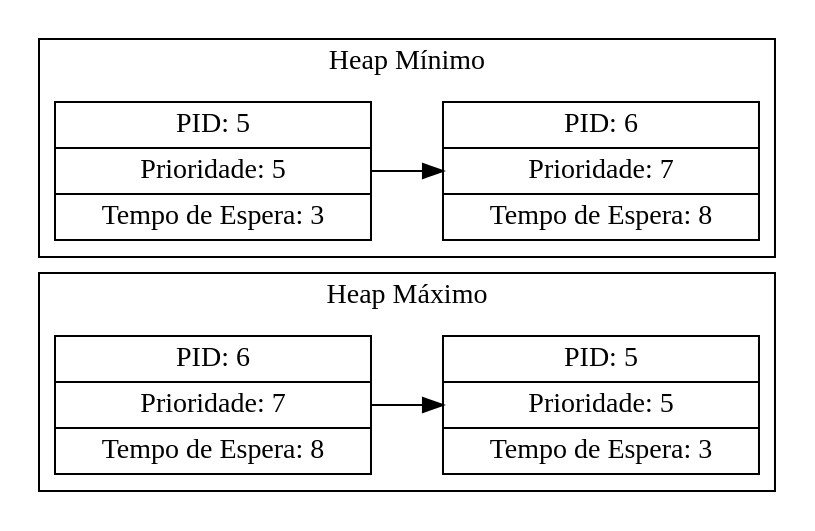
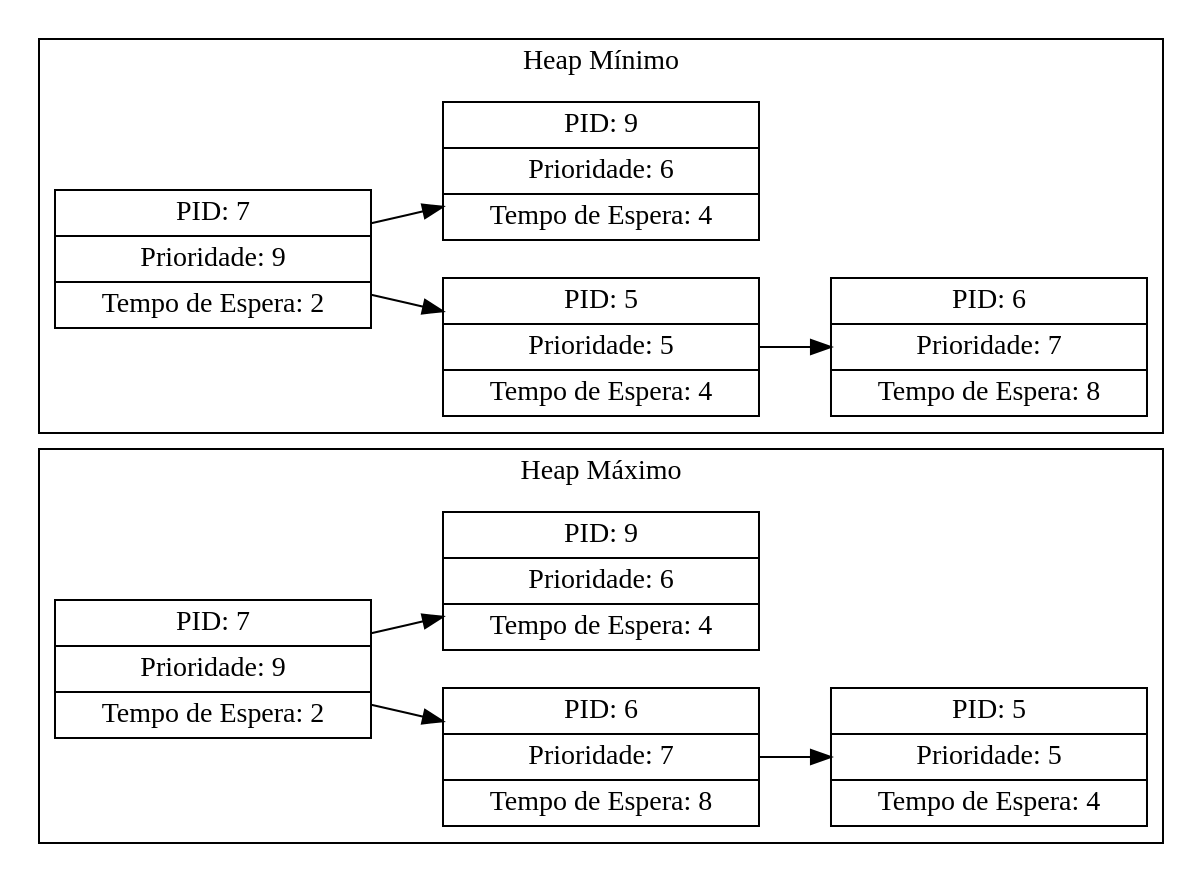
Before and after one commit to DanielDourado00/Heap: the diagram in heap.dot, drawn with Graphviz. The commit also changed 4 other files, not shown here.

```diff
--- a/heap.dot
+++ b/heap.dot
@@ -1,16 +1,24 @@
 digraph G {
 node [shape=record];
 rankdir=LR;
 subgraph cluster_maximo {
 label = "Heap Máximo";
-node_maximo0 [label="PID: 6 | Prioridade: 7 | Tempo de Espera: 8"];
-node_maximo1 [label="PID: 5 | Prioridade: 5 | Tempo de Espera: 3"];
+node_maximo0 [label="PID: 7 | Prioridade: 9 | Tempo de Espera: 2"];
+node_maximo1 [label="PID: 6 | Prioridade: 7 | Tempo de Espera: 8"];
+node_maximo2 [label="PID: 9 | Prioridade: 6 | Tempo de Espera: 4"];
+node_maximo3 [label="PID: 5 | Prioridade: 5 | Tempo de Espera: 4"];
 node_maximo0 -> node_maximo1;
+node_maximo0 -> node_maximo2;
+node_maximo1 -> node_maximo3;
 }
 subgraph cluster_minimo {
 label = "Heap Mínimo";
-node_minimo0 [label="PID: 5 | Prioridade: 5 | Tempo de Espera: 3"];
-node_minimo1 [label="PID: 6 | Prioridade: 7 | Tempo de Espera: 8"];
+node_minimo0 [label="PID: 7 | Prioridade: 9 | Tempo de Espera: 2"];
+node_minimo1 [label="PID: 5 | Prioridade: 5 | Tempo de Espera: 4"];
+node_minimo2 [label="PID: 9 | Prioridade: 6 | Tempo de Espera: 4"];
+node_minimo3 [label="PID: 6 | Prioridade: 7 | Tempo de Espera: 8"];
 node_minimo0 -> node_minimo1;
+node_minimo0 -> node_minimo2;
+node_minimo1 -> node_minimo3;
 }
 }
```
